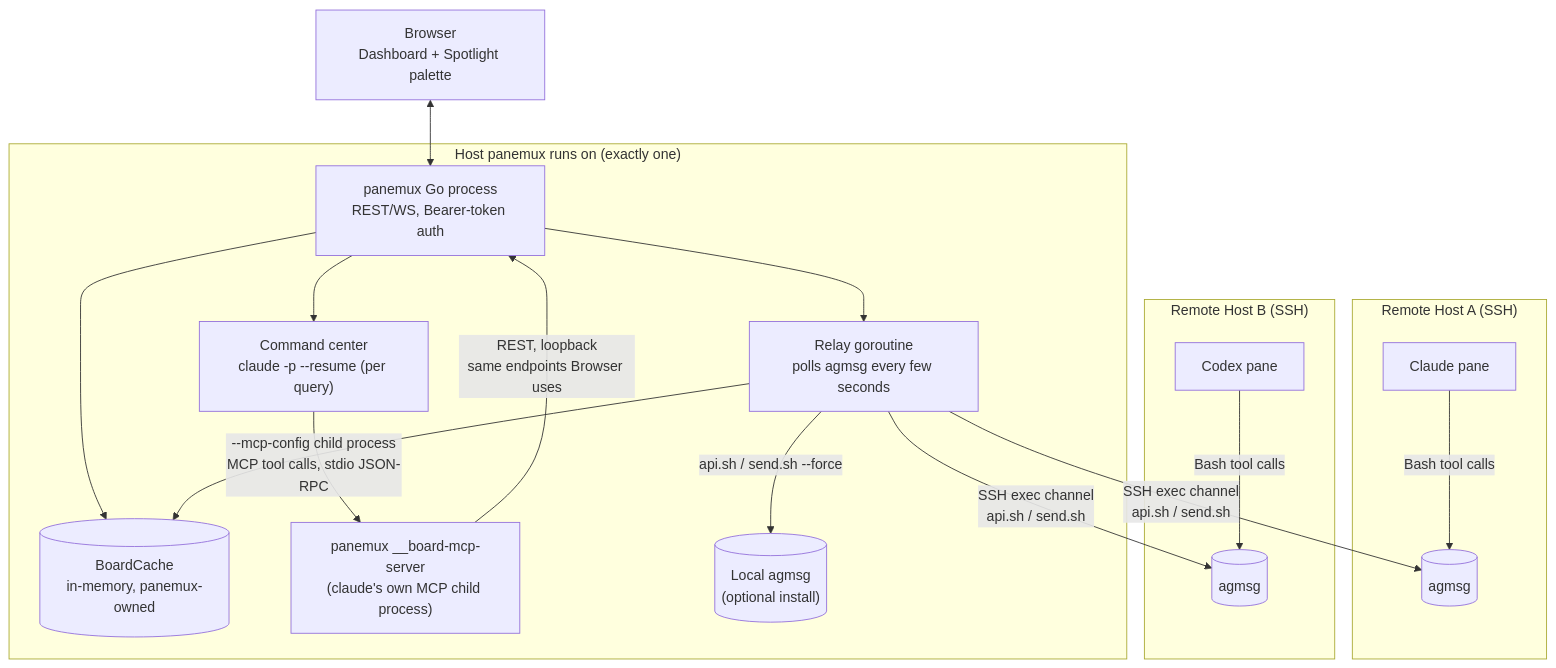
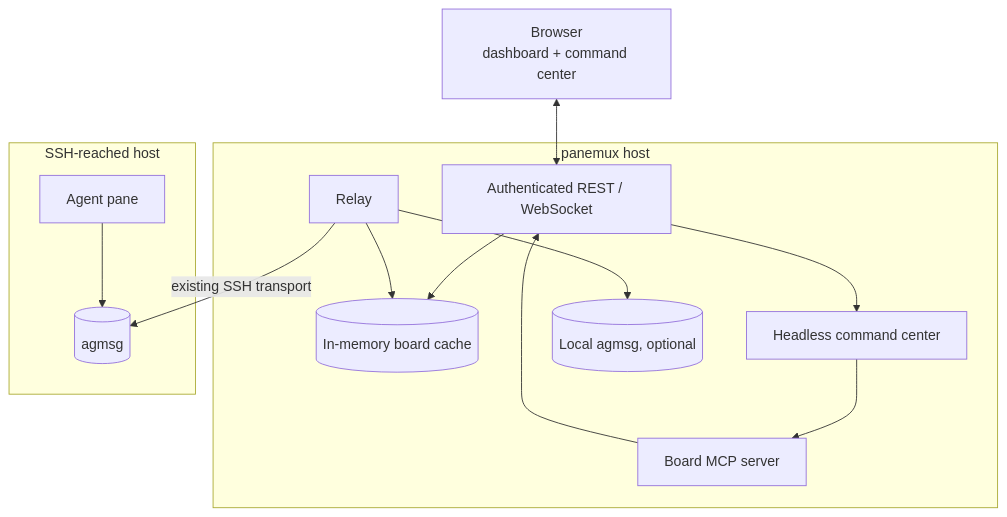
The diagram in docs/agent-board/architecture.md (tomo-chan/panemux), drawn with Mermaid before and after one commit. The commit also changed other lines of this file and 17 other files, not shown here.

````diff
--- a/docs/agent-board/architecture.md
+++ b/docs/agent-board/architecture.md
@@ -9,36 +7,27 @@
 ```mermaid
 flowchart TB
-    Browser["Browser<br/>Dashboard + Spotlight palette"]
+    Browser["Browser<br/>dashboard + command center"]
 
-    subgraph Local["Host panemux runs on (exactly one)"]
-        Server["panemux Go process<br/>REST/WS, Bearer-token auth"]
-        Relay["Relay goroutine<br/>polls agmsg every few seconds"]
-        Cache[("BoardCache<br/>in-memory, panemux-owned")]
-        CmdCenter["Command center<br/>claude -p --resume (per query)"]
-        McpServer["panemux __board-mcp-server<br/>(claude's own MCP child process)"]
-        LocalAgmsg[("Local agmsg<br/>(optional install)")]
+    subgraph PanemuxHost["panemux host"]
+        API["Authenticated REST / WebSocket"]
+        Cache[("In-memory board cache")]
+        Relay["Relay"]
+        Command["Headless command center"]
+        MCP["Board MCP server"]
+        LocalAgmsg[("Local agmsg, optional")]
     end
 
-    subgraph HostA["Remote Host A (SSH)"]
-        AgmsgA[("agmsg")]
-        ClaudeA["Claude pane"]
+    subgraph RemoteHost["SSH-reached host"]
+        RemoteAgmsg[("agmsg")]
+        Agent["Agent pane"]
     end
 
-    subgraph HostB["Remote Host B (SSH)"]
-        AgmsgB[("agmsg")]
-        CodexB["Codex pane"]
-    end
-
-    Browser <--> Server
-    Server --> Relay
-    Server --> CmdCenter
-    Server --> Cache
-    CmdCenter -->|"--mcp-config child process<br/>MCP tool calls, stdio JSON-RPC"| McpServer
-    McpServer -->|"REST, loopback<br/>same endpoints Browser uses"| Server
+    Browser <--> API
+    API --> Cache
+    API --> Command
+    Command --> MCP --> API
     Relay --> Cache
-    Relay -->|"api.sh / send.sh --force"| LocalAgmsg
-    Relay -->|"SSH exec channel<br/>api.sh / send.sh"| AgmsgA
-    Relay -->|"SSH exec channel<br/>api.sh / send.sh"| AgmsgB
-    ClaudeA -->|"Bash tool calls"| AgmsgA
-    CodexB -->|"Bash tool calls"| AgmsgB
+    Relay --> LocalAgmsg
+    Relay -->|existing SSH transport| RemoteAgmsg
+    Agent --> RemoteAgmsg
 ```
````
